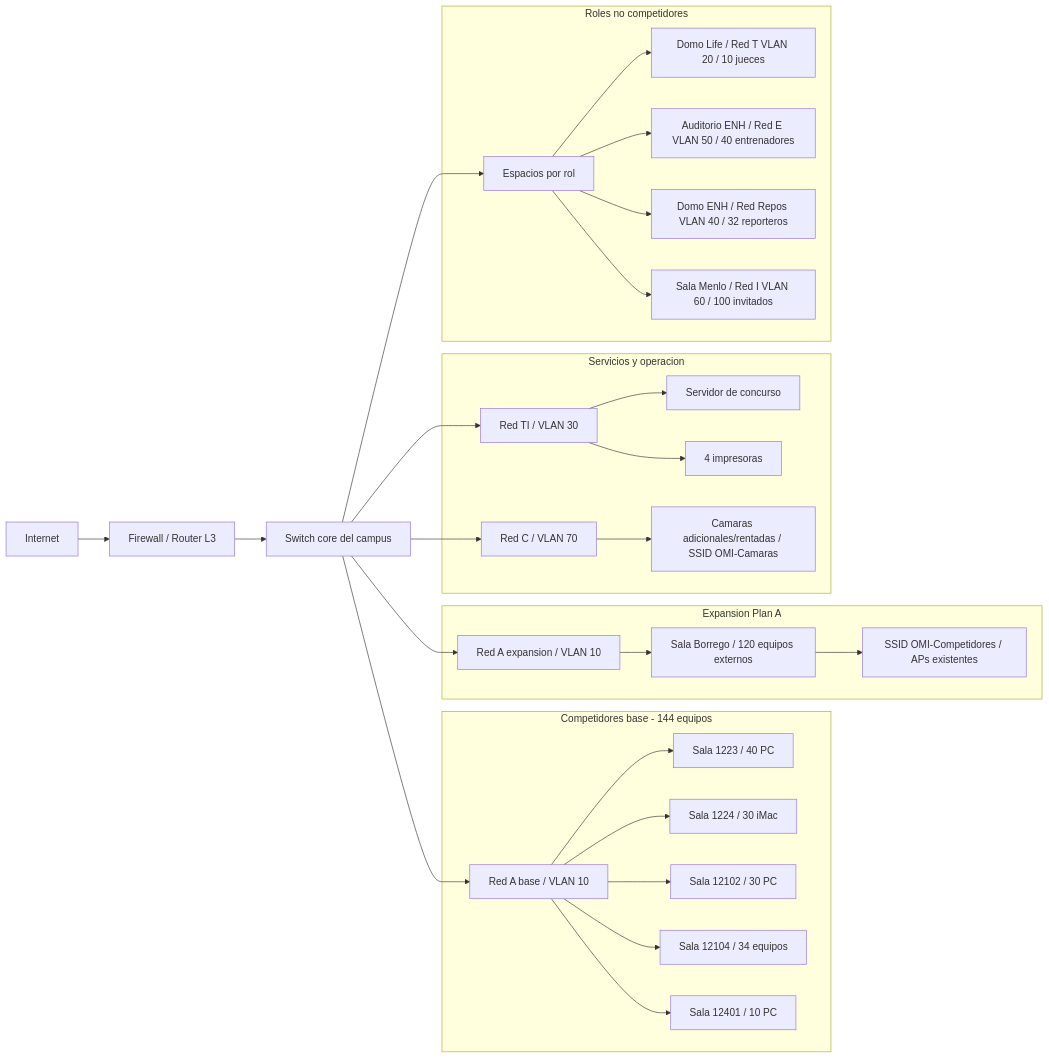
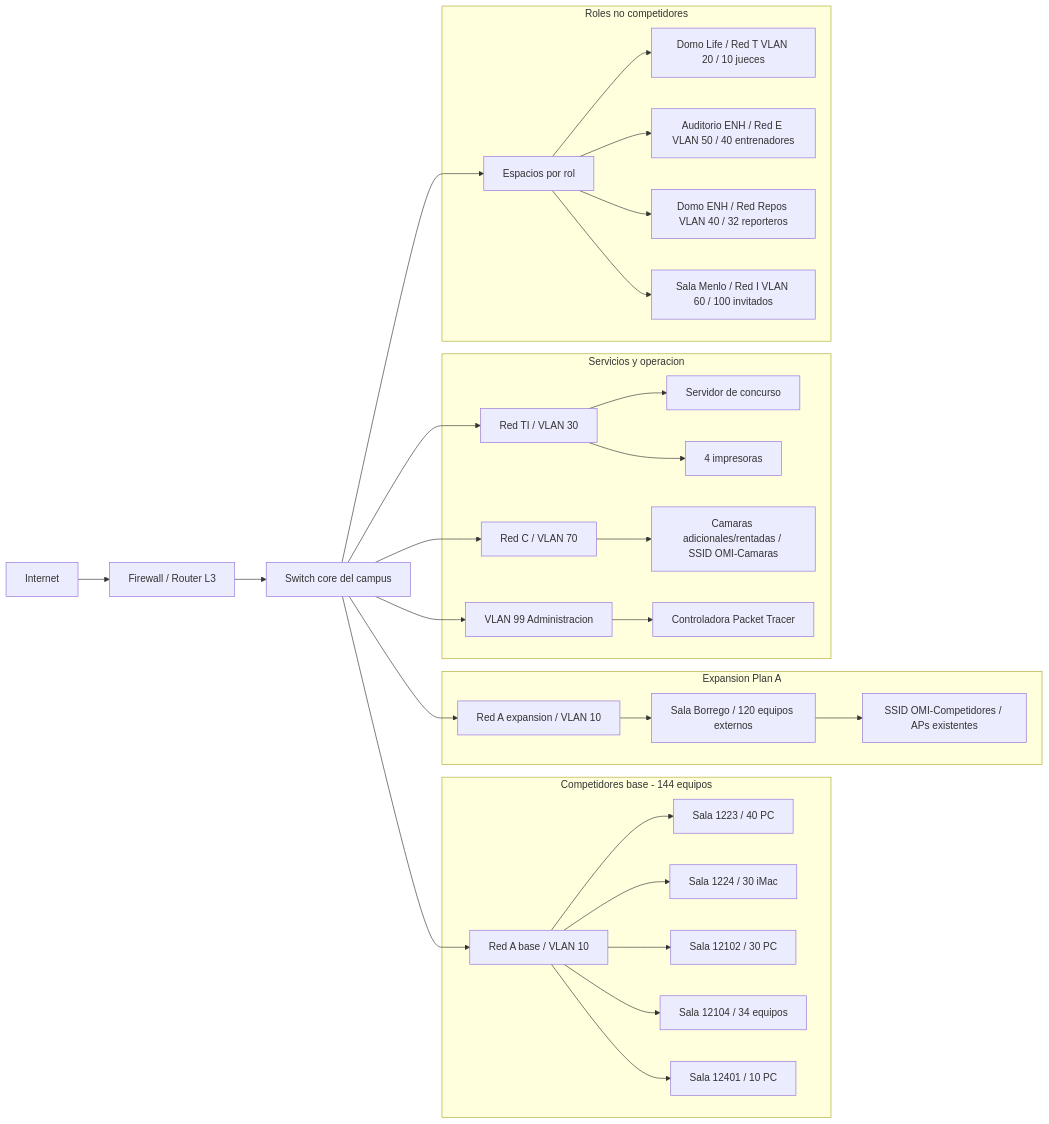
Before and after one commit to Alanzphy/networking_project: the first of 2 diagrams in docs/entregables/ActReto01-bosquejos-red.md, drawn with Mermaid. The commit also changed other lines of this file and 16 other files, not shown here.

````diff
--- a/docs/entregables/ActReto01-bosquejos-red.md
+++ b/docs/entregables/ActReto01-bosquejos-red.md
@@ -7,45 +7,47 @@
 ```mermaid
 ---
 config:
   theme: default
   layout: dagre
   fontFamily: '''Recursive Variable'', sans-serif'
   themeVariables:
     fontFamily: '''Recursive Variable'', sans-serif'
 ---
 flowchart LR
     internet[Internet] --> firewall[Firewall / Router L3]
     firewall --> core[Switch core del campus]
 
     core --> redABase[Red A base / VLAN 10]
     core --> redAExpansion[Red A expansion / VLAN 10]
     core --> roles[Espacios por rol]
     core --> redTI[Red TI / VLAN 30]
     core --> redC[Red C / VLAN 70]
+    core --> admin[VLAN 99 Administracion]
 
     subgraph base["Competidores base - 144 equipos"]
         redABase --> s1223[Sala 1223 / 40 PC]
         redABase --> s1224[Sala 1224 / 30 iMac]
         redABase --> s12102[Sala 12102 / 30 PC]
         redABase --> s12104[Sala 12104 / 34 equipos]
         redABase --> s12401[Sala 12401 / 10 PC]
     end
 
     subgraph expansionA["Expansion Plan A"]
         redAExpansion --> borrego[Sala Borrego / 120 equipos externos]
         borrego --> wifiBorrego[SSID OMI-Competidores / APs existentes]
     end
 
     subgraph servicios["Servicios y operacion"]
         redTI --> servidor[Servidor de concurso]
         redTI --> impresoras[4 impresoras]
         redC --> camaras[Camaras adicionales/rentadas / SSID OMI-Camaras]
+        admin --> controladora[Controladora Packet Tracer]
     end
 
     subgraph espacios["Roles no competidores"]
         roles --> jueces[Domo Life / Red T VLAN 20 / 10 jueces]
         roles --> entrenadores[Auditorio ENH / Red E VLAN 50 / 40 entrenadores]
         roles --> reporteros[Domo ENH / Red Repos VLAN 40 / 32 reporteros]
         roles --> invitados[Sala Menlo / Red I VLAN 60 / 100 invitados]
     end
 ```
````
